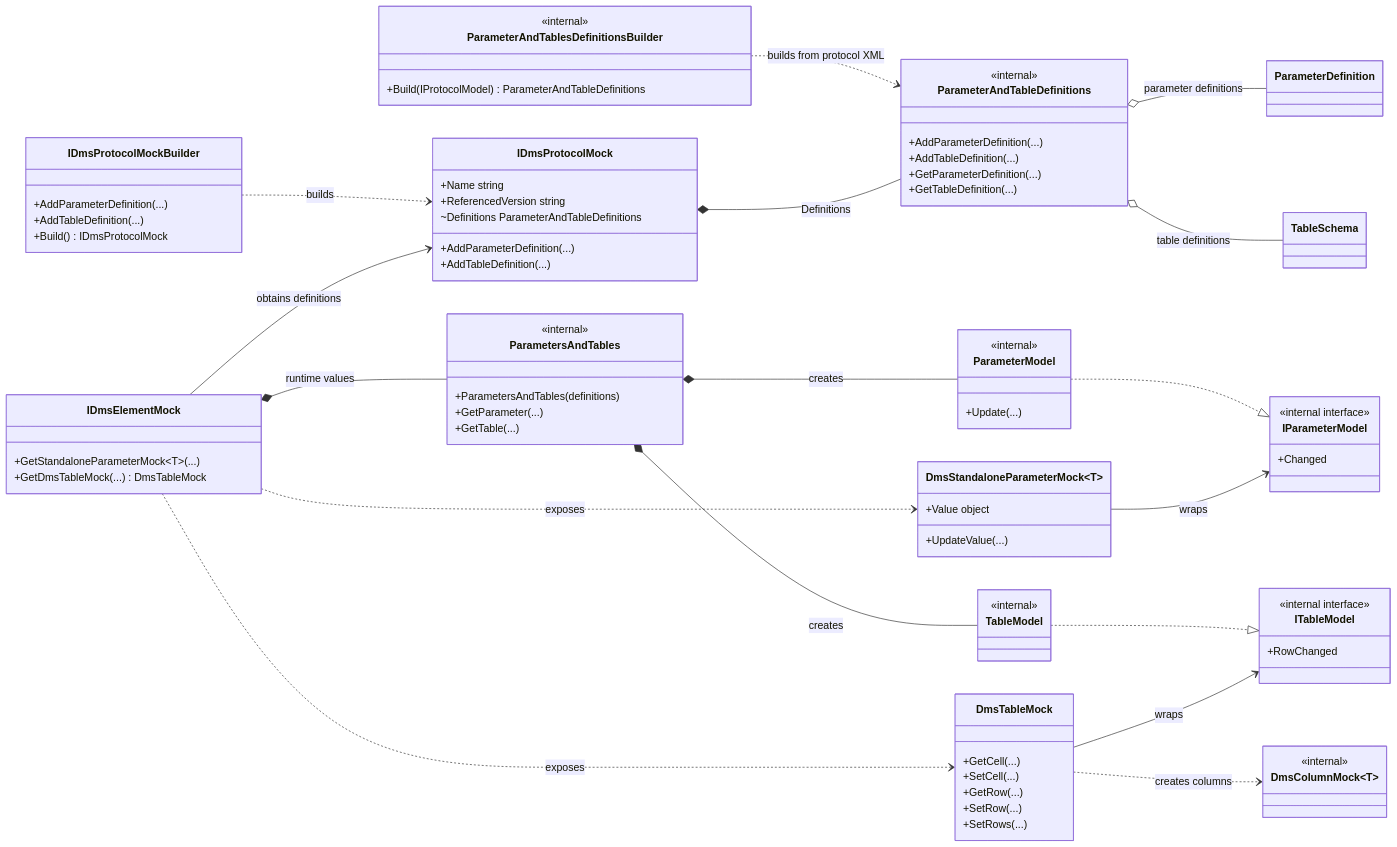
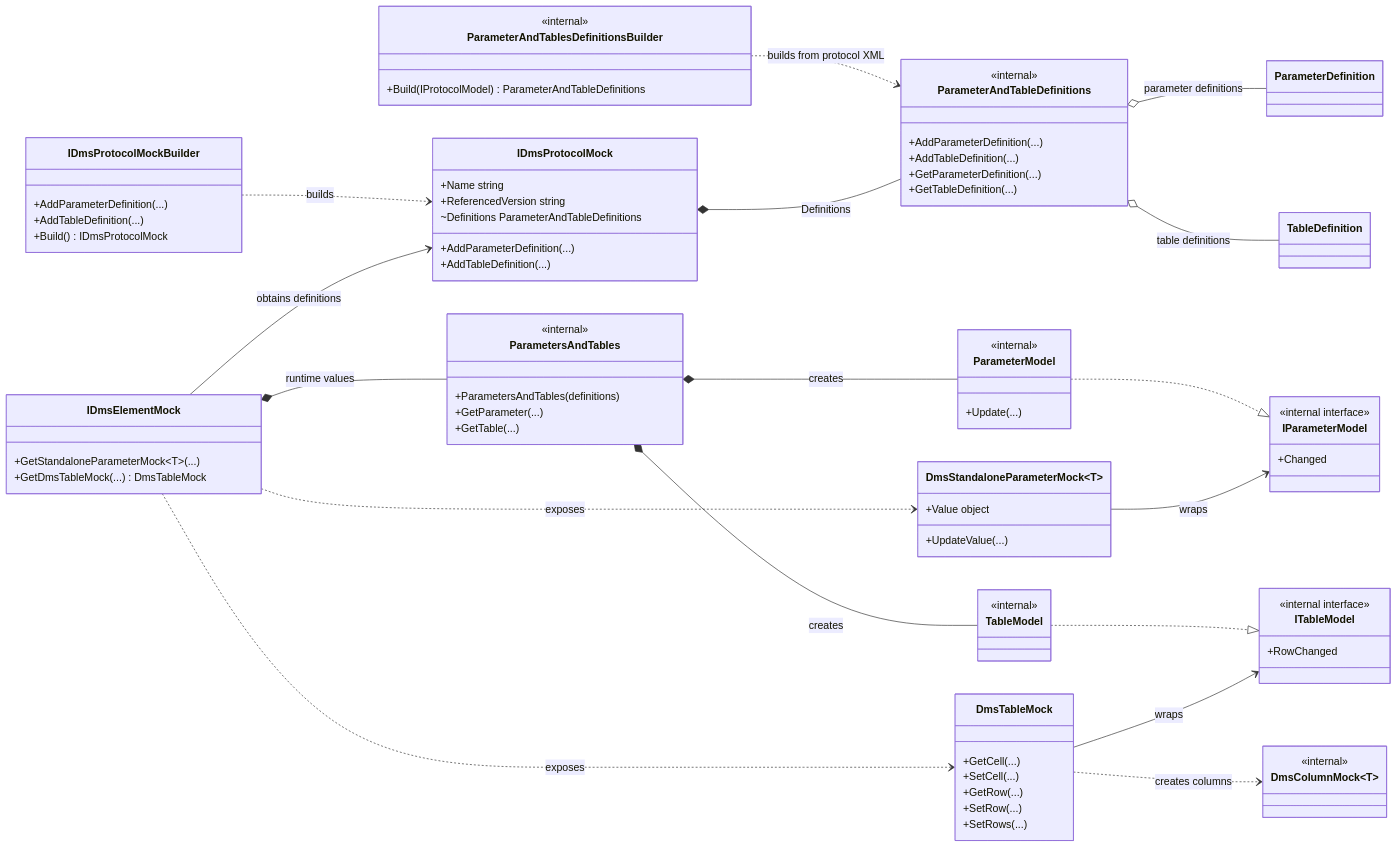
One commit to AminaBRSkyline/Skyline.DataMiner.Utils.UnitTestingFramework changed the second of 3 diagrams in Utils.UnitTestingFramework.DataMinerSystem.Common/CLASS_DIAGRAM.md. Above: the diagram before and after it, drawn with Mermaid. The commit also changed 26 other files, not shown here.

Commit message:
Renamed TableSchema to TableDefinition. Upgraded DmsElementBuilder to support RowBuilder.

```diff
--- a/Utils.UnitTestingFramework.DataMinerSystem.Common/CLASS_DIAGRAM.md
+++ b/Utils.UnitTestingFramework.DataMinerSystem.Common/CLASS_DIAGRAM.md
@@ -124,7 +124,7 @@
     }
 
     class ParameterDefinition
-    class TableSchema
+    class TableDefinition
 
     class IDmsElementMock {
         +GetStandaloneParameterMock~T~(...)
@@ -178,7 +178,7 @@
     ParameterAndTablesDefinitionsBuilder ..> ParameterAndTableDefinitions : builds from protocol XML
     IDmsProtocolMock *-- ParameterAndTableDefinitions : Definitions
     ParameterAndTableDefinitions o-- ParameterDefinition : parameter definitions
-    ParameterAndTableDefinitions o-- TableSchema : table definitions
+    ParameterAndTableDefinitions o-- TableDefinition : table definitions
 
     IDmsElementMock *-- ParametersAndTables : runtime values
     IDmsElementMock --> IDmsProtocolMock : obtains definitions
```
